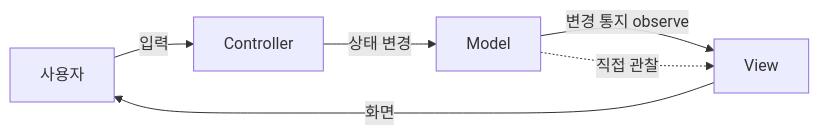
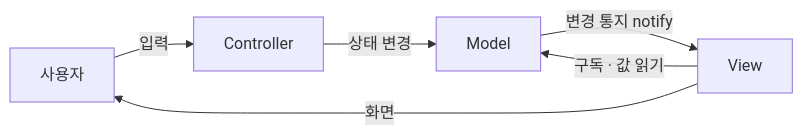
Before and after one commit to MunGyeongsam/WithAi: the first of 2 diagrams in lua_tuto/mvc/week03/README.md, drawn with Mermaid. The commit also changed other lines of this file and 361 other files, not shown here.

````diff
--- a/lua_tuto/mvc/week03/README.md
+++ b/lua_tuto/mvc/week03/README.md
@@ -46,8 +62,8 @@
 ```mermaid
 flowchart LR
   U[사용자] -->|입력| C[Controller]
   C -->|상태 변경| M[Model]
-  M -->|변경 통지 observe| V[View]
+  M -->|변경 통지 notify| V[View]
+  V -->|구독 · 값 읽기| M
   V -->|화면| U
-  M -. 직접 관찰 .-> V
 ```
````
